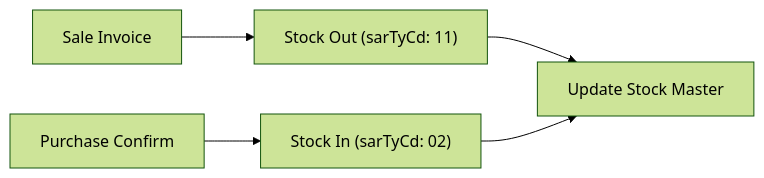
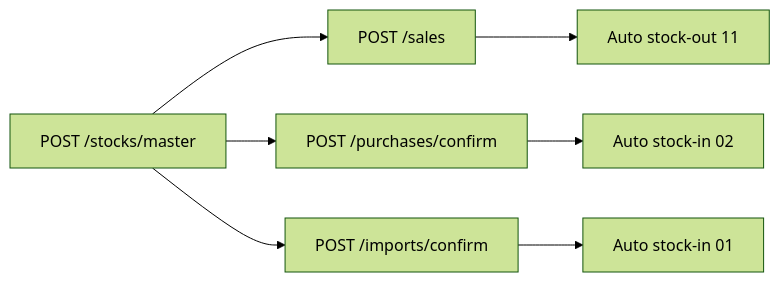
One commit to kaykorw/ebm_thirdparty_docs changed the diagram in api/stock.mdx. Above: the diagram before and after it, drawn with Mermaid (forest theme). The commit also changed other lines of this file and 25 other files, not shown here.

````diff
--- a/api/stock.mdx
+++ b/api/stock.mdx
@@ -9,7 +13,9 @@
 ```mermaid
 flowchart LR
-    Sale["Sale Invoice"] --> StockOut["Stock Out (sarTyCd: 11)"]
-    Purchase["Purchase Confirm"] --> StockIn["Stock In (sarTyCd: 02)"]
-    StockOut --> Master["Update Stock Master"]
-    StockIn --> Master
+    Master["POST /stocks/master"] --> Sale["POST /sales"]
+    Master --> Purchase["POST /purchases/confirm"]
+    Master --> Import["POST /imports/confirm"]
+    Sale --> AutoOut["Auto stock-out 11"]
+    Purchase --> AutoIn["Auto stock-in 02"]
+    Import --> AutoImp["Auto stock-in 01"]
 ```
````
